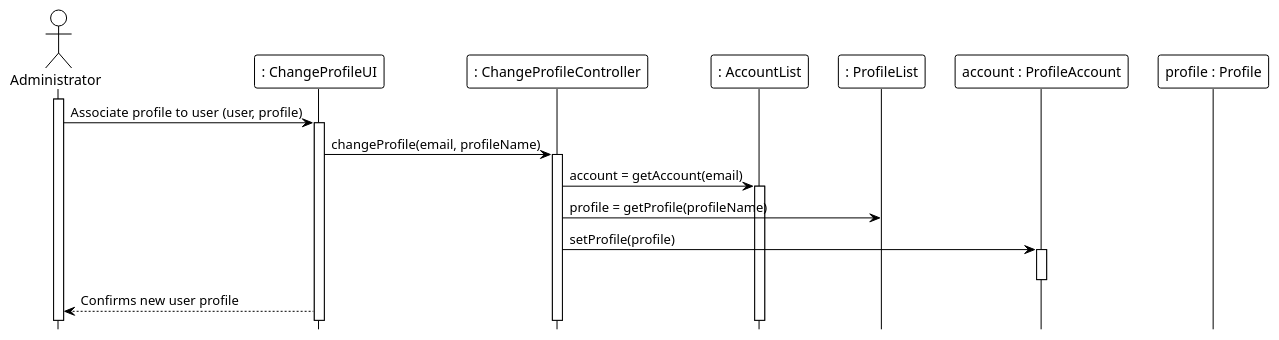
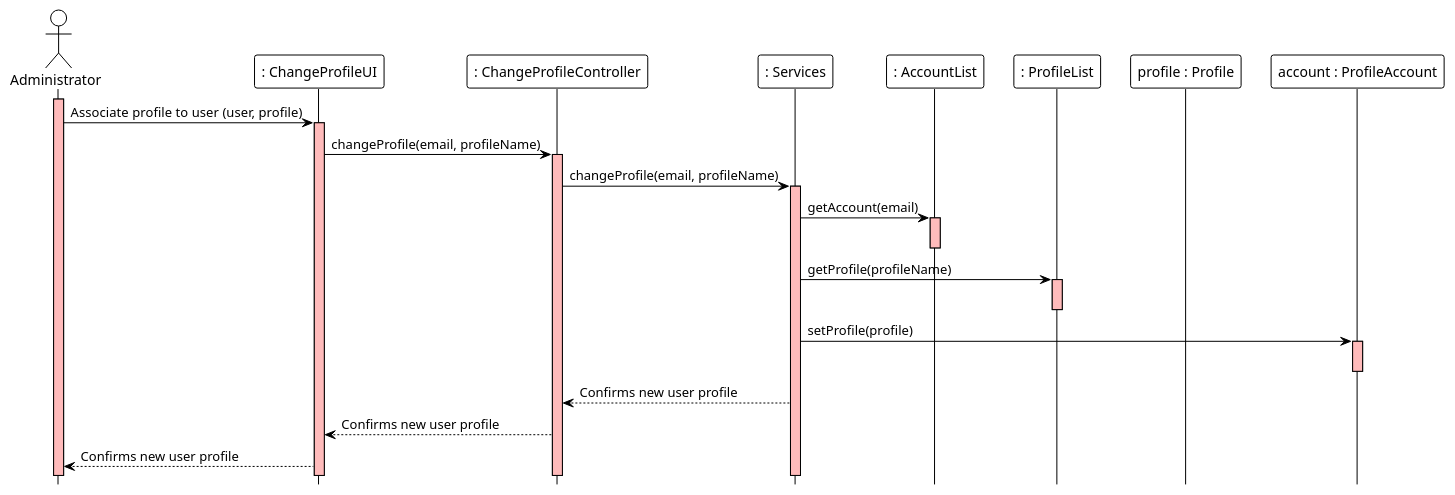
One commit to ivo-menezes/project_g3 changed the diagram in docs/modelling_design/user_stories/us003/US003_ChangeProfileSD.puml. Above: the diagram before and after it, drawn with PlantUML.

Commit message:
US003 : Design : Update Change Profile SD

```diff
--- a/docs/modelling_design/user_stories/us003/US003_ChangeProfileSD.puml
+++ b/docs/modelling_design/user_stories/us003/US003_ChangeProfileSD.puml
@@ -1,26 +1,36 @@
 @startuml
 !theme plain
 hide footbox
 
 actor Administrator
 participant ": ChangeProfileUI" as UI
 participant ": ChangeProfileController" as Controller
+participant ": Services" as Services
 participant ": AccountList" as AccountList
 participant ": ProfileList" as ProfileList
+participant "profile : Profile" as Profile
 participant "account : ProfileAccount" as Account
-participant "profile : Profile" as Profile
 
 
-activate Administrator
+
+activate Administrator #FFBBBB
 Administrator -> UI : Associate profile to user (user, profile)
-activate UI
+activate UI #FFBBBB
 UI -> Controller : changeProfile(email, profileName)
-activate Controller
-Controller -> AccountList : account = getAccount(email)
-activate AccountList
-Controller -> ProfileList : profile = getProfile(profileName)
-Controller -> Account : setProfile(profile)
-activate Account
-deactivate Account
+activate Controller #FFBBBB
+Controller -> Services : changeProfile(email, profileName)
+activate Services #FFBBBB
+Services -> AccountList : getAccount(email)
+activate AccountList #FFBBBB
+deactivate AccountList
+Services -> ProfileList : getProfile(profileName)
+activate ProfileList #FFBBBB
+deactivate ProfileList #FFBBBB
+Services -> Account : setProfile(profile)
+activate Account #FFBBBB
+deactivate Account #FFBBBB
+
+Services --> Controller : Confirms new user profile
+Controller --> UI : Confirms new user profile
 UI --> Administrator : Confirms new user profile
 @enduml
```
